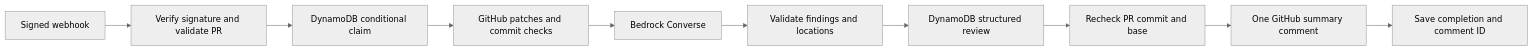
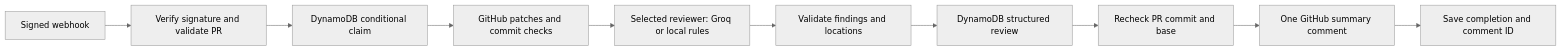
The diagram in README.md (tarun-1211/ai-git-code-review-auditor), drawn with Mermaid (neutral theme) before and after one commit. The commit also changed other lines of this file and 13 other files, not shown here.

Commit message:
switched from bedrock to groq for model and inference

````diff
--- a/README.md
+++ b/README.md
@@ -42,12 +55,12 @@
 ```mermaid
 flowchart LR
     Event[Signed webhook] --> Validate[Verify signature and validate PR]
     Validate --> Claim[DynamoDB conditional claim]
     Claim --> Diff[GitHub patches and commit checks]
-    Diff --> AI[Bedrock Converse]
+    Diff --> AI[Selected reviewer: Groq or local rules]
     AI --> Parse[Validate findings and locations]
     Parse --> Save[DynamoDB structured review]
     Save --> Check[Recheck PR commit and base]
     Check --> Comment[One GitHub summary comment]
     Comment --> Done[Save completion and comment ID]
 ```
````
